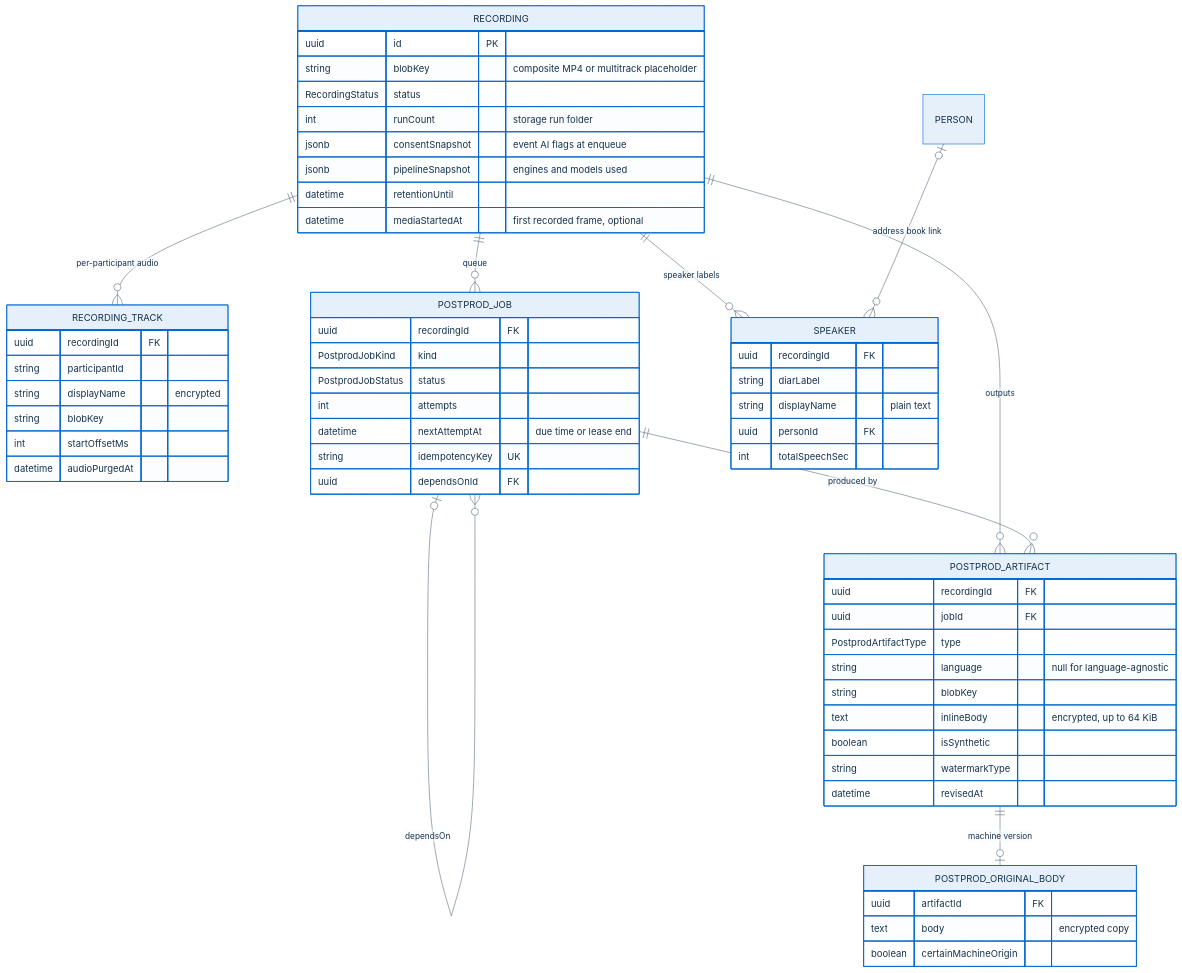
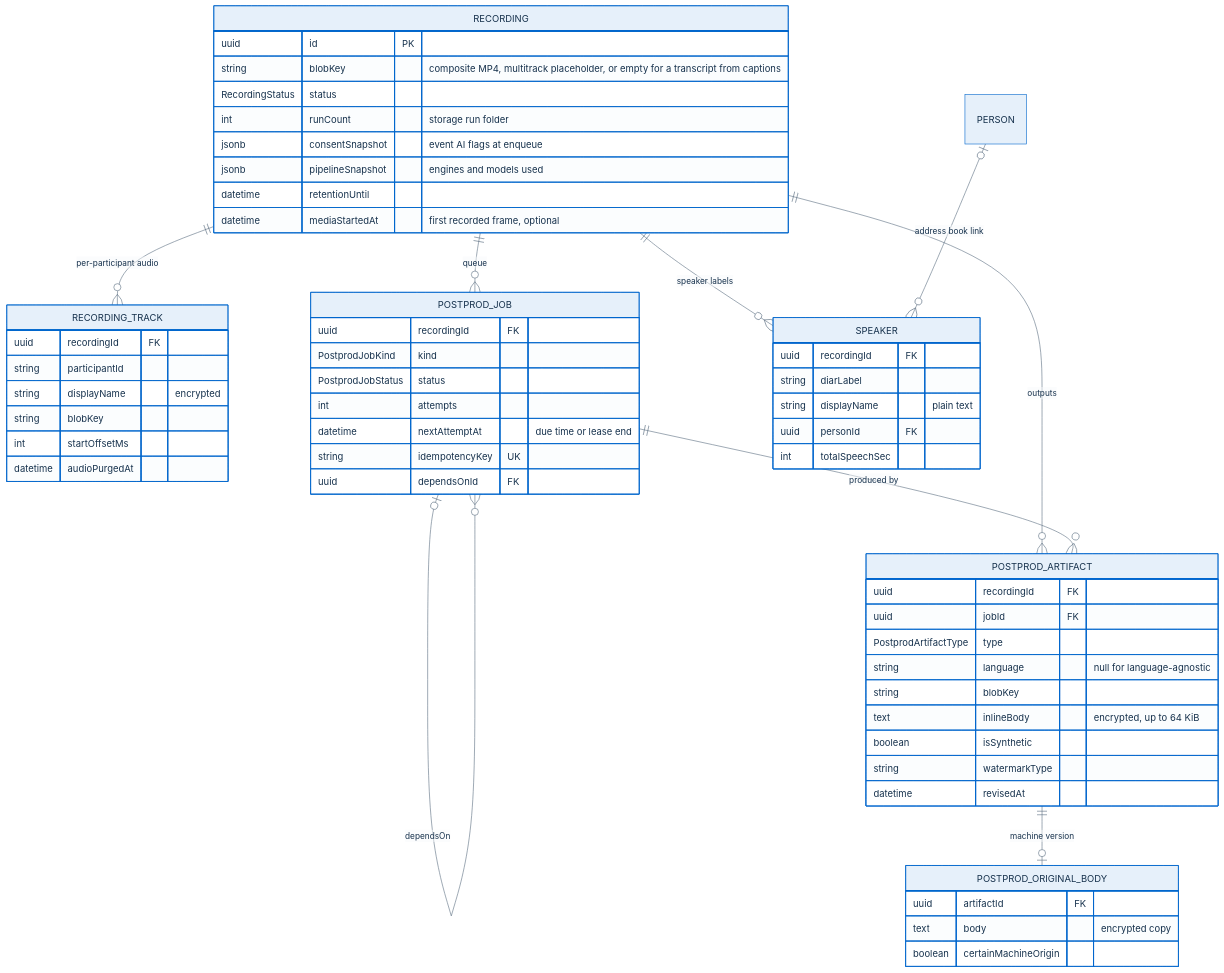
One commit to italia/pa-webinar changed the fifth of 5 diagrams in docs/POSTPROD.md. Above: the diagram before and after it, drawn with Mermaid. The commit also changed other lines of this file and 31 other files, not shown here.

````diff
--- a/docs/POSTPROD.md
+++ b/docs/POSTPROD.md
@@ -876,63 +923,63 @@
 ```mermaid
 %%{init: {"theme": "base", "themeVariables": {"primaryColor": "#E6F0FA", "primaryBorderColor": "#0066CC", "primaryTextColor": "#17324D", "lineColor": "#5C6F82", "tertiaryColor": "#F7F9FB", "edgeLabelBackground": "#FFFFFF"}}}%%
 erDiagram
   RECORDING ||--o{ RECORDING_TRACK : "per-participant audio"
   RECORDING ||--o{ POSTPROD_JOB : "queue"
   POSTPROD_JOB |o--o{ POSTPROD_JOB : "dependsOn"
   RECORDING ||--o{ POSTPROD_ARTIFACT : "outputs"
   POSTPROD_JOB ||--o{ POSTPROD_ARTIFACT : "produced by"
   POSTPROD_ARTIFACT ||--o| POSTPROD_ORIGINAL_BODY : "machine version"
   RECORDING ||--o{ SPEAKER : "speaker labels"
   PERSON |o--o{ SPEAKER : "address book link"
 
   RECORDING {
     uuid id PK
-    string blobKey "composite MP4 or multitrack placeholder"
+    string blobKey "composite MP4, multitrack placeholder, or empty for a transcript from captions"
     RecordingStatus status
     int runCount "storage run folder"
     jsonb consentSnapshot "event AI flags at enqueue"
     jsonb pipelineSnapshot "engines and models used"
     datetime retentionUntil
     datetime mediaStartedAt "first recorded frame, optional"
   }
   RECORDING_TRACK {
     uuid recordingId FK
     string participantId
     string displayName "encrypted"
     string blobKey
     int startOffsetMs
     datetime audioPurgedAt
   }
   POSTPROD_JOB {
     uuid recordingId FK
     PostprodJobKind kind
     PostprodJobStatus status
     int attempts
     datetime nextAttemptAt "due time or lease end"
     string idempotencyKey UK
     uuid dependsOnId FK
   }
   POSTPROD_ARTIFACT {
     uuid recordingId FK
     uuid jobId FK
     PostprodArtifactType type
     string language "null for language-agnostic"
     string blobKey
     text inlineBody "encrypted, up to 64 KiB"
     boolean isSynthetic
     string watermarkType
     datetime revisedAt
   }
   POSTPROD_ORIGINAL_BODY {
     uuid artifactId FK
     text body "encrypted copy"
     boolean certainMachineOrigin
   }
   SPEAKER {
     uuid recordingId FK
     string diarLabel
     string displayName "plain text"
     uuid personId FK
     int totalSpeechSec
   }
 ```
````
